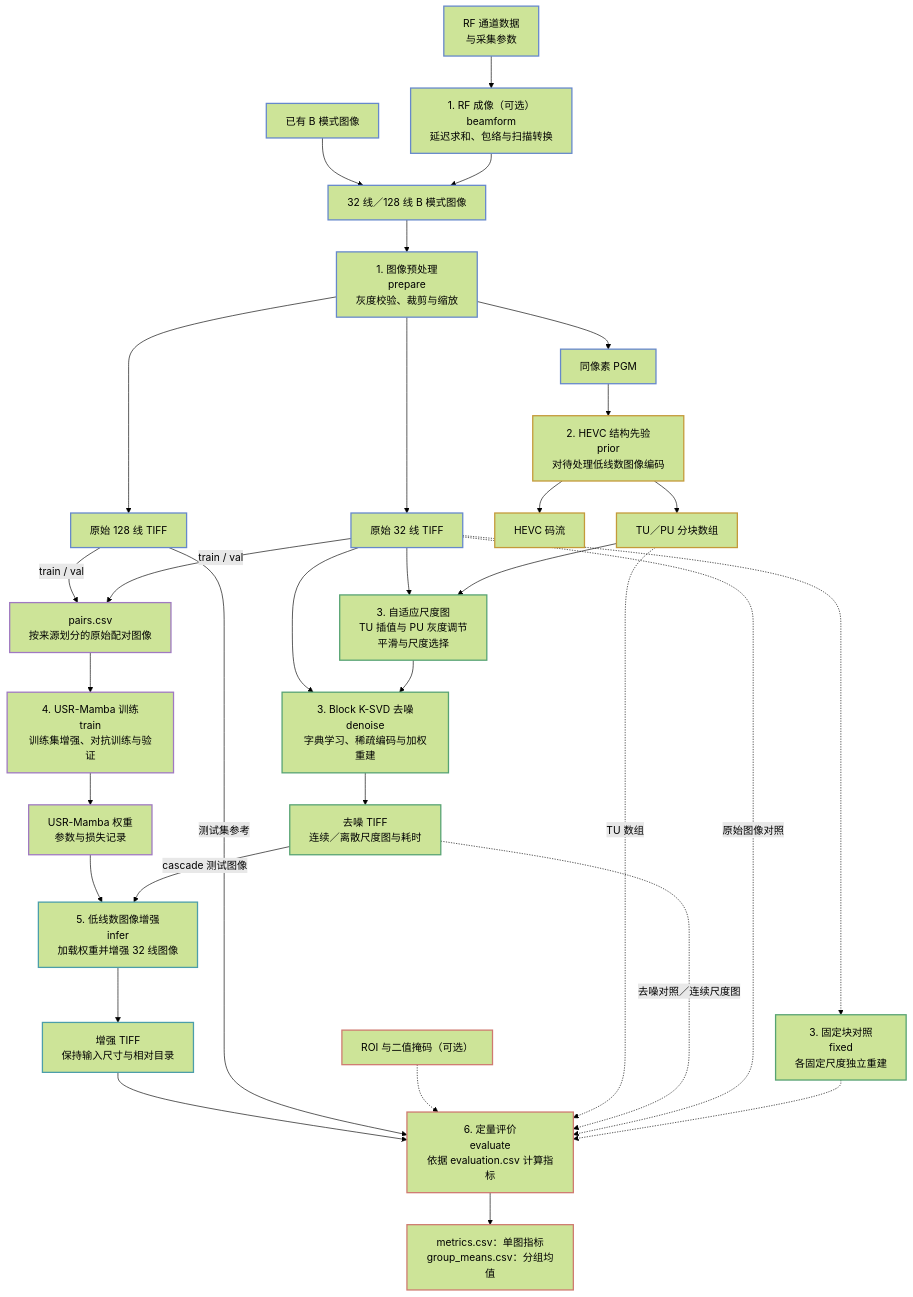
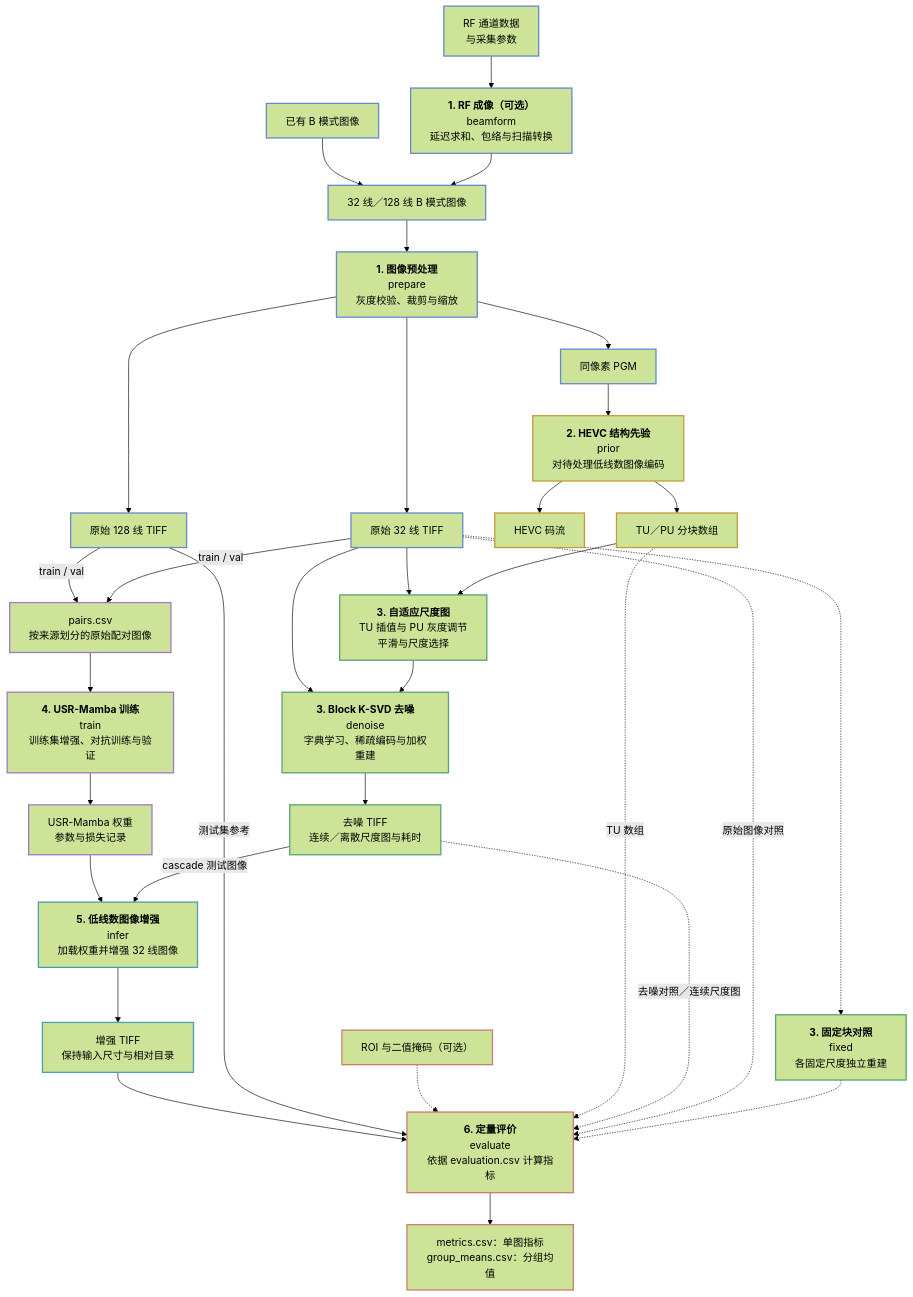
One commit to LumaVistaLab/hevc-ksvd-mamba-for-ultrasound changed the first of 7 diagrams in README.md. Above: the diagram before and after it, drawn with Mermaid (forest theme). The commit also changed 1 other file, not shown here.

Commit message:
bold stage titles

````diff
--- a/README.md
+++ b/README.md
@@ -11,51 +11,51 @@
 ```mermaid
 flowchart TD
     %% 阶段标题放在普通节点中，避免跨子图连线穿过分组标题与边界。
-    RF["RF 通道数据<br/>与采集参数"] --> BF["1. RF 成像（可选）<br/>beamform<br/>延迟求和、包络与扫描转换"]
+    RF["RF 通道数据<br/>与采集参数"] --> BF["<b>1. RF 成像（可选）</b><br/>beamform<br/>延迟求和、包络与扫描转换"]
     BF --> BM["32 线／128 线 B 模式图像"]
     Existing["已有 B 模式图像"] --> BM
-    BM --> Prep["1. 图像预处理<br/>prepare<br/>灰度校验、裁剪与缩放"]
+    BM --> Prep["<b>1. 图像预处理</b><br/>prepare<br/>灰度校验、裁剪与缩放"]
     Prep --> Low["原始 32 线 TIFF"]
     Prep --> High["原始 128 线 TIFF"]
     Prep --> PGM["同像素 PGM"]
 
-    PGM --> HEVC["2. HEVC 结构先验<br/>prior<br/>对待处理低线数图像编码"]
+    PGM --> HEVC["<b>2. HEVC 结构先验</b><br/>prior<br/>对待处理低线数图像编码"]
     HEVC --> Stream["HEVC 码流"]
     HEVC --> Blocks["TU／PU 分块数组"]
-    Blocks --> Maps["3. 自适应尺度图<br/>TU 插值与 PU 灰度调节<br/>平滑与尺度选择"]
+    Blocks --> Maps["<b>3. 自适应尺度图</b><br/>TU 插值与 PU 灰度调节<br/>平滑与尺度选择"]
     Low --> Maps
-    Maps --> KSVD["3. Block K-SVD 去噪<br/>denoise<br/>字典学习、稀疏编码与加权重建"]
+    Maps --> KSVD["<b>3. Block K-SVD 去噪</b><br/>denoise<br/>字典学习、稀疏编码与加权重建"]
     Low --> KSVD
     KSVD --> Denoised["去噪 TIFF<br/>连续／离散尺度图与耗时"]
 
     Low -->|train / val| Pairs["pairs.csv<br/>按来源划分的原始配对图像"]
     High -->|train / val| Pairs
-    Pairs --> Train["4. USR-Mamba 训练<br/>train<br/>训练集增强、对抗训练与验证"]
+    Pairs --> Train["<b>4. USR-Mamba 训练</b><br/>train<br/>训练集增强、对抗训练与验证"]
     Train --> Weights["USR-Mamba 权重<br/>参数与损失记录"]
-    Denoised -->|cascade 测试图像| Infer["5. 低线数图像增强<br/>infer<br/>加载权重并增强 32 线图像"]
+    Denoised -->|cascade 测试图像| Infer["<b>5. 低线数图像增强</b><br/>infer<br/>加载权重并增强 32 线图像"]
     Weights --> Infer
     Infer --> Enhanced["增强 TIFF<br/>保持输入尺寸与相对目录"]
 
-    Low -.-> Fixed["3. 固定块对照<br/>fixed<br/>各固定尺度独立重建"]
-    Fixed -.-> Eval["6. 定量评价<br/>evaluate<br/>依据 evaluation.csv 计算指标"]
+    Low -.-> Fixed["<b>3. 固定块对照</b><br/>fixed<br/>各固定尺度独立重建"]
+    Fixed -.-> Eval["<b>6. 定量评价</b><br/>evaluate<br/>依据 evaluation.csv 计算指标"]
     Low -.->|原始图像对照| Eval
     Denoised -.->|去噪对照／连续尺度图| Eval
     Blocks -.->|TU 数组| Eval
     Annotations["ROI 与二值掩码（可选）"] -.-> Eval
     High -->|测试集参考| Eval
     Enhanced --> Eval
     Eval --> Reports["metrics.csv：单图指标<br/>group_means.csv：分组均值"]
 
     classDef imaging stroke:#6688cc,stroke-width:2px;
     classDef structure stroke:#c49a3a,stroke-width:2px;
     classDef denoising stroke:#57a373,stroke-width:2px;
     classDef training stroke:#a079c2,stroke-width:2px;
     classDef inference stroke:#4c9eaa,stroke-width:2px;
     classDef metrics stroke:#cf7a70,stroke-width:2px;
     class RF,BF,BM,Existing,Prep,Low,High,PGM imaging;
     class HEVC,Stream,Blocks structure;
     class Maps,KSVD,Denoised,Fixed denoising;
     class Pairs,Train,Weights training;
     class Infer,Enhanced inference;
     class Annotations,Eval,Reports metrics;
 ```
````
